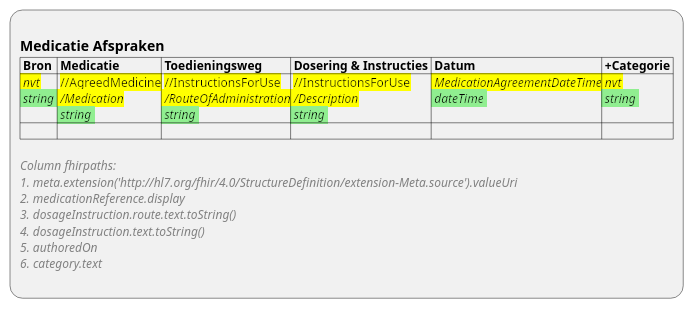
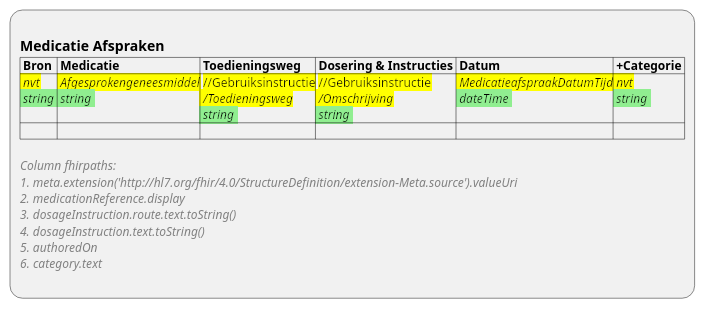
One commit to RIVO-Noord/zorgviewer-ig changed the diagram in input/images-source/ViewDefinition-MedicationRequest.plantuml. Above: the diagram before and after it, drawn with PlantUML. The commit also changed 13 other files, not shown here.

```diff
--- a/input/images-source/ViewDefinition-MedicationRequest.plantuml
+++ b/input/images-source/ViewDefinition-MedicationRequest.plantuml
@@ -1,16 +1,16 @@
 @startuml ViewDefinition-MedicationRequest
 :
 == Medicatie Afspraken
 |= Bron |= Medicatie |= Toedieningsweg |= Dosering & Instructies |= Datum |= +Categorie |
-|<back:yellow> //nvt//\n<back:lightgreen> //string// |<back:yellow> //AgreedMedicine\n<back:yellow> ///Medication//\n<back:lightgreen> //string// |<back:yellow> //InstructionsForUse\n<back:yellow> ///RouteOfAdministration//\n<back:lightgreen> //string// |<back:yellow> //InstructionsForUse\n<back:yellow> ///Description//\n<back:lightgreen> //string// |<back:yellow> //MedicationAgreementDateTime//\n<back:lightgreen> //dateTime// |<back:yellow> //nvt//\n<back:lightgreen> //string// |
+|<back:yellow> //nvt//\n<back:lightgreen> //string// |<back:yellow> //Afgesprokengeneesmiddel//\n<back:lightgreen> //string// |<back:yellow> //Gebruiksinstructie\n<back:yellow> ///Toedieningsweg//\n<back:lightgreen> //string// |<back:yellow> //Gebruiksinstructie\n<back:yellow> ///Omschrijving//\n<back:lightgreen> //string// |<back:yellow> //MedicatieafspraakDatumTijd//\n<back:lightgreen> //dateTime// |<back:yellow> //nvt//\n<back:lightgreen> //string// |
 | |
 
 <color:gray>//Column fhirpaths://
 <color:gray>//1. meta.extension('http:~//hl7.org/fhir/4.0/StructureDefinition/extension-Meta.source').valueUri//
 <color:gray>//2. medicationReference.display//
 <color:gray>//3. dosageInstruction.route.text.toString()//
 <color:gray>//4. dosageInstruction.text.toString()//
 <color:gray>//5. authoredOn//
 <color:gray>//6. category.text//
 ;
 @enduml
```
